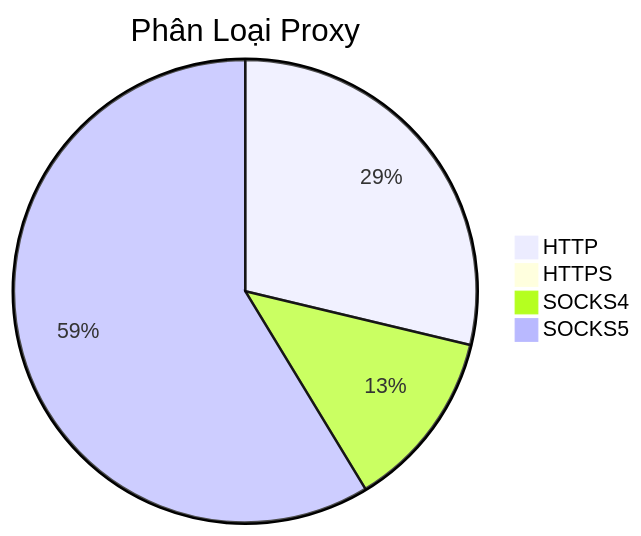
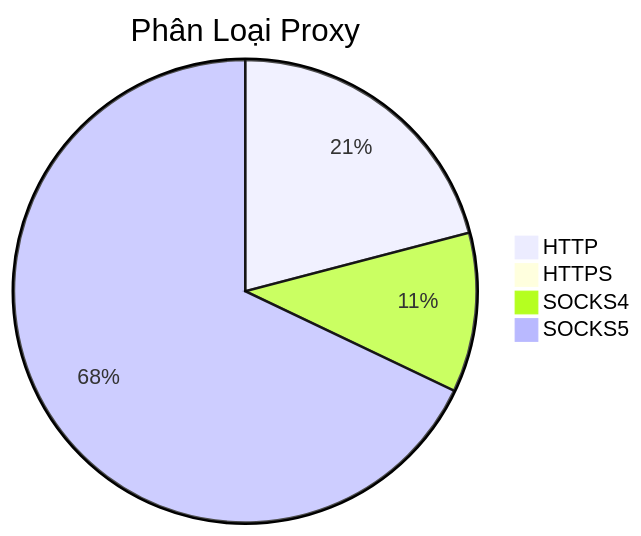
The diagram in README.md (Ciara-Aa/PROXY-free), drawn with Mermaid before and after one commit. The commit also changed other lines of this file and 4 other files, not shown here.

````diff
--- a/README.md
+++ b/README.md
@@ -26,7 +26,7 @@
 ```mermaid
 pie title Phân Loại Proxy
-    "HTTP" : 514
-    "HTTPS" : 2
-    "SOCKS4" : 225
-    "SOCKS5" : 1050
+    "HTTP" : 561
+    "HTTPS" : 7
+    "SOCKS4" : 299
+    "SOCKS5" : 1821
 ```
````
